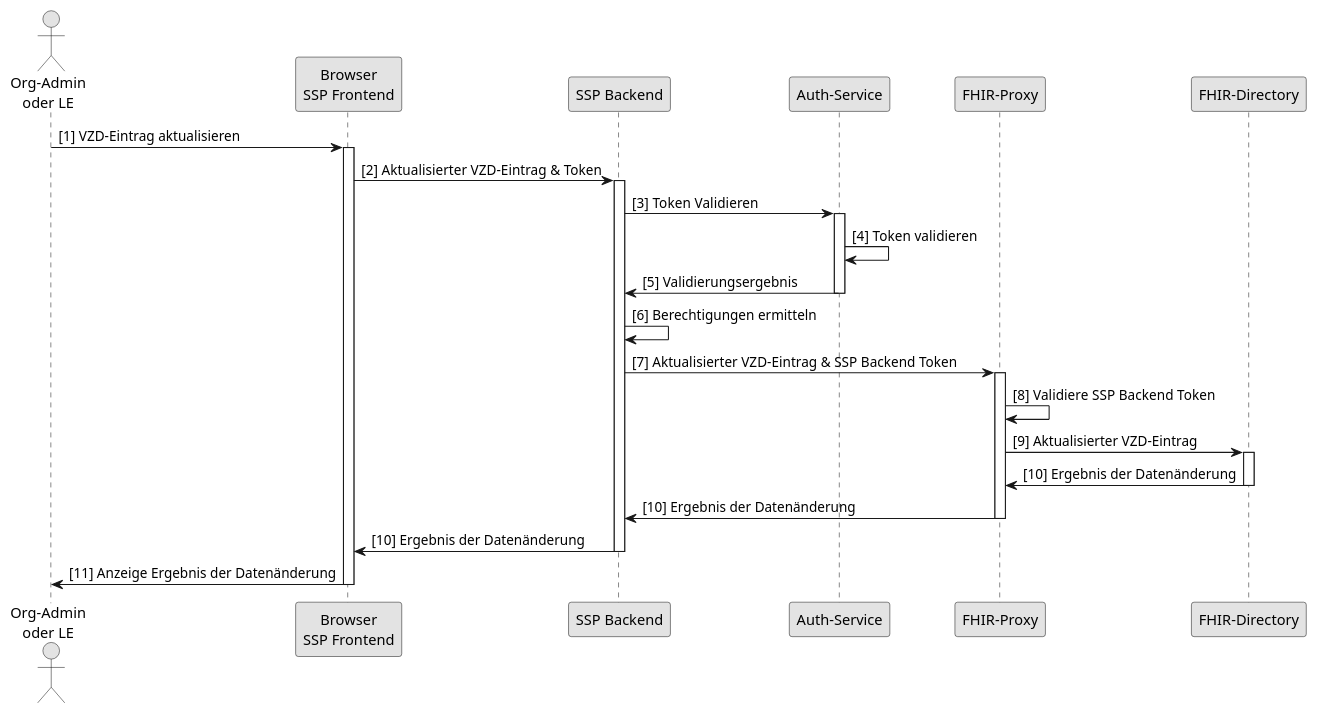
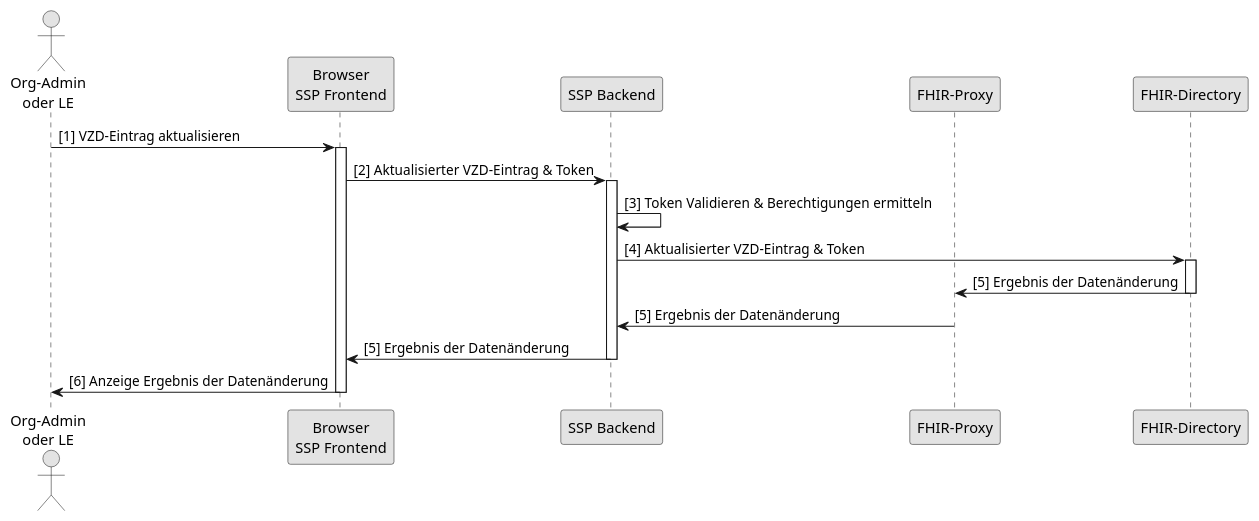
The diagram in src/plantuml/SequenceDiagram.FHIR-Directory.SSP.Update.puml (gematik/api-vzd), drawn with PlantUML before and after one commit.

Commit message:
Update - arvato Kommentare

```diff
--- a/src/plantuml/SequenceDiagram.FHIR-Directory.SSP.Update.puml
+++ b/src/plantuml/SequenceDiagram.FHIR-Directory.SSP.Update.puml
@@ -1,43 +1,33 @@
 @startuml
 skinparam dpi 100
 skinparam WrapWidth 200
 skinparam monochrome true
 
 'title "FHIR-Directory, Sequenzdiagram SSP Datenänderung"
 actor o as "Org-Admin\noder LE"
 participant cl as "Browser\nSSP Frontend"
 participant be as "SSP Backend"
-participant au as "Auth-Service"
 participant fp as "FHIR-Proxy"
 participant fd as "FHIR-Directory"
 
 
 o -> cl: [1] VZD-Eintrag aktualisieren
 activate cl
 cl -> be: [2] Aktualisierter VZD-Eintrag & Token
 activate be
 
-be -> au: [3] Token Validieren
-activate au
-au -> au: [4] Token validieren
-au -> be: [5] Validierungsergebnis
-deactivate au
+be -> be: [3] Token Validieren & Berechtigungen ermitteln
+be -> fd: [4] Aktualisierter VZD-Eintrag & Token
 
-be -> be: [6] Berechtigungen ermitteln
-be -> fp: [7] Aktualisierter VZD-Eintrag & SSP Backend Token
-activate fp
-fp -> fp: [8] Validiere SSP Backend Token
-fp -> fd: [9] Aktualisierter VZD-Eintrag
 activate fd
-
-fd -> fp: [10] Ergebnis der Datenänderung
+fd -> fp: [5] Ergebnis der Datenänderung
 deactivate fd
-fp -> be: [10] Ergebnis der Datenänderung
+fp -> be: [5] Ergebnis der Datenänderung
 deactivate fp
-be -> cl: [10] Ergebnis der Datenänderung
+be -> cl: [5] Ergebnis der Datenänderung
 deactivate be
 
-cl -> o: [11] Anzeige Ergebnis der Datenänderung
+cl -> o: [6] Anzeige Ergebnis der Datenänderung
 deactivate cl
 
 @enduml
```
